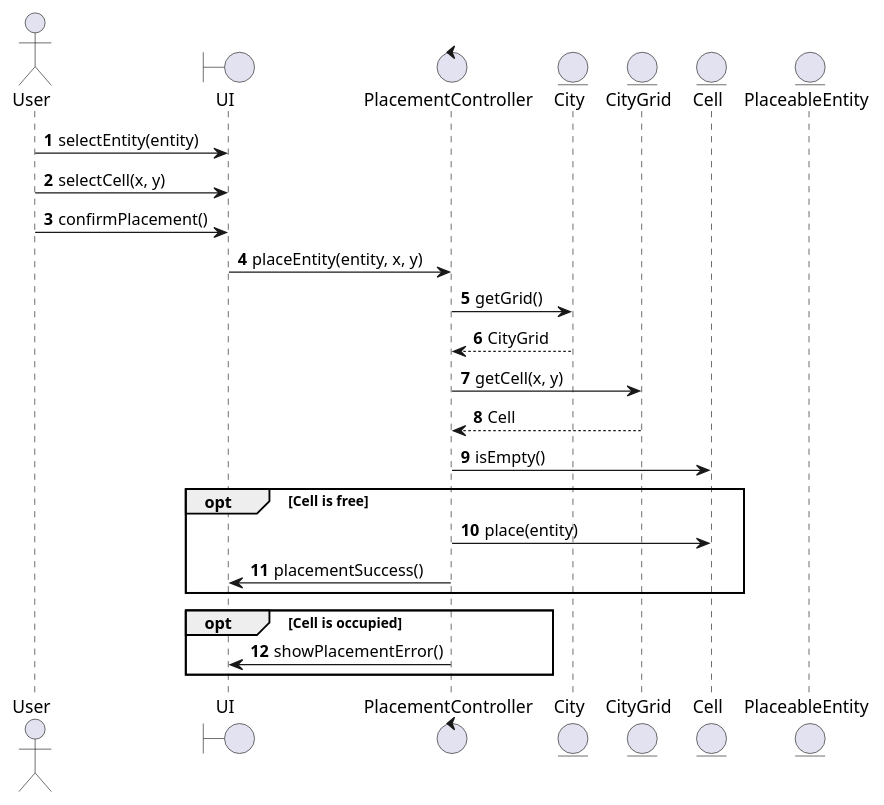
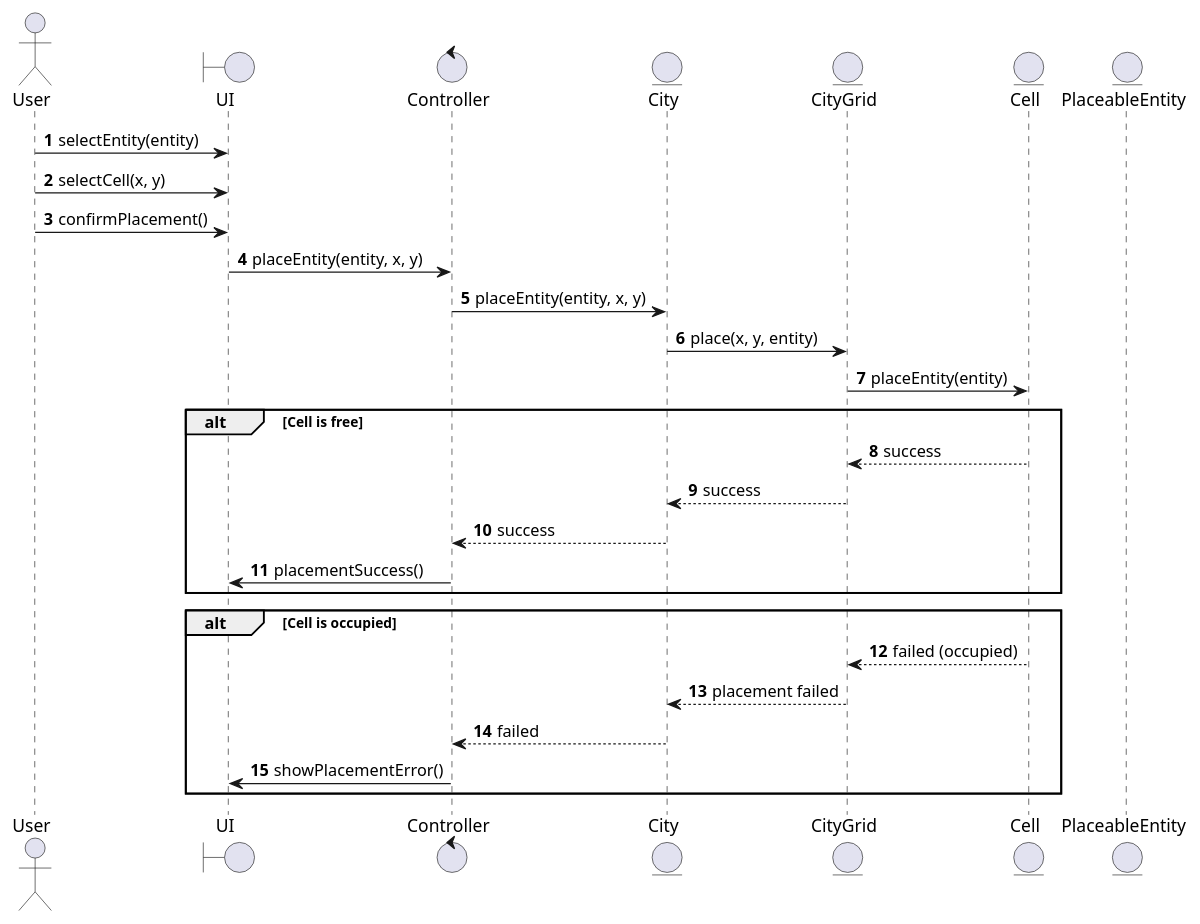
Before and after one commit to Anna-code17/ssa_project: the second of 5 diagrams in documents/System_sequence _diagrams.md, drawn with PlantUML. The commit also changed other lines of this file, not shown here.

Commit message:
Update System_sequence _diagrams.md

````diff
--- a/documents/System_sequence _diagrams.md
+++ b/documents/System_sequence _diagrams.md
@@ -77,39 +101,40 @@
 ```plantuml
 
 @startuml
 autonumber
 
 actor User
-
 boundary UI
-control PlacementController
+control Controller
 entity City
 entity CityGrid
 entity Cell
 entity PlaceableEntity
 
 User -> UI : selectEntity(entity)
 User -> UI : selectCell(x, y)
 User -> UI : confirmPlacement()
 
-UI -> PlacementController : placeEntity(entity, x, y)
+UI -> Controller : placeEntity(entity, x, y)
 
-PlacementController -> City : getGrid()
-City --> PlacementController : CityGrid
+Controller -> City : placeEntity(entity, x, y)
+City -> CityGrid : place(x, y, entity)
+CityGrid -> Cell : placeEntity(entity)
 
-PlacementController -> CityGrid : getCell(x, y)
-CityGrid --> PlacementController : Cell
-
-PlacementController -> Cell : isEmpty()
-
-opt Cell is free
-    PlacementController -> Cell : place(entity)
-    PlacementController -> UI : placementSuccess()
+alt Cell is free
+    Cell --> CityGrid : success
+    CityGrid --> City : success
+    City --> Controller : success
+    Controller -> UI : placementSuccess()
 end
 
-opt Cell is occupied
-    PlacementController -> UI : showPlacementError()
+alt Cell is occupied
+    Cell --> CityGrid : failed (occupied)
+    CityGrid --> City : placement failed
+    City --> Controller : failed
+    Controller -> UI : showPlacementError()
 end
+
 @enduml 
 
 ```
````
